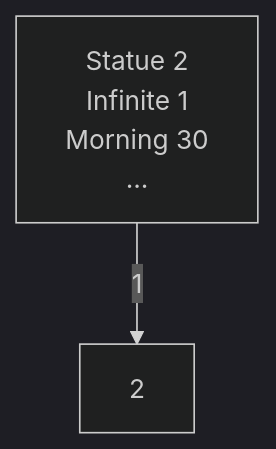
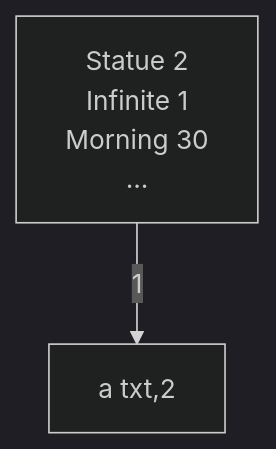
One commit to z1skgr/index.dictionary-memory.java changed the diagram in README.md. Above: the diagram before and after it, drawn with Mermaid (dark theme).

````diff
--- a/README.md
+++ b/README.md
@@ -9,5 +9,5 @@
 ```mermaid
 graph TD;
-    A[Statue 2 <br> Infinite 1 <br> Morning 30 <br> ... <br>]-->|1|B[2];
+    A[Statue 2 <br> Infinite 1 <br> Morning 30 <br> ... <br>]-->|1|B[a txt,2];
 
 ```
````
